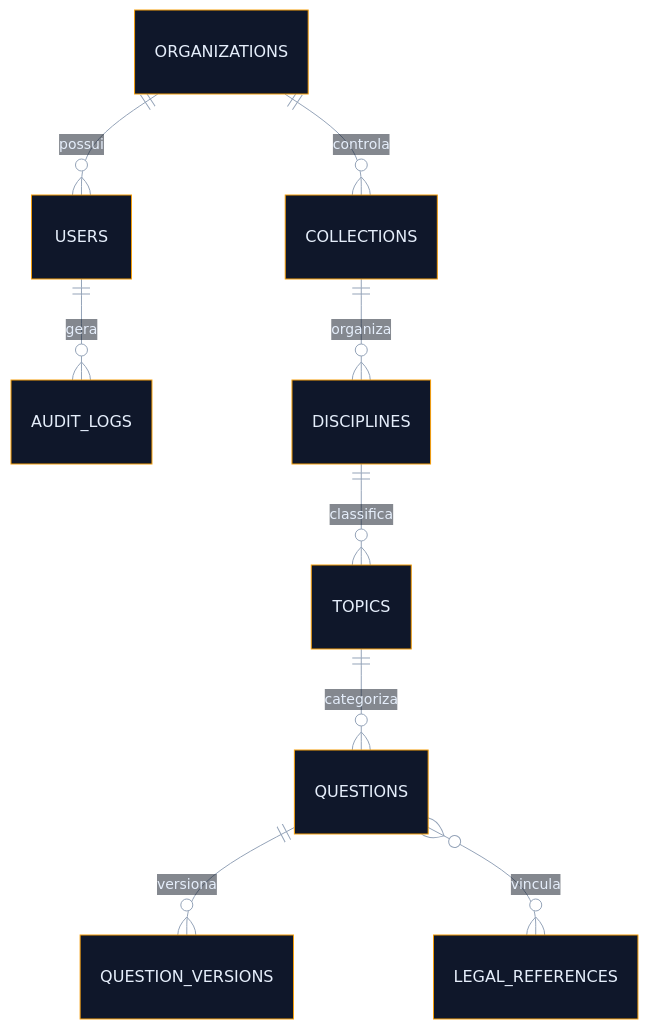
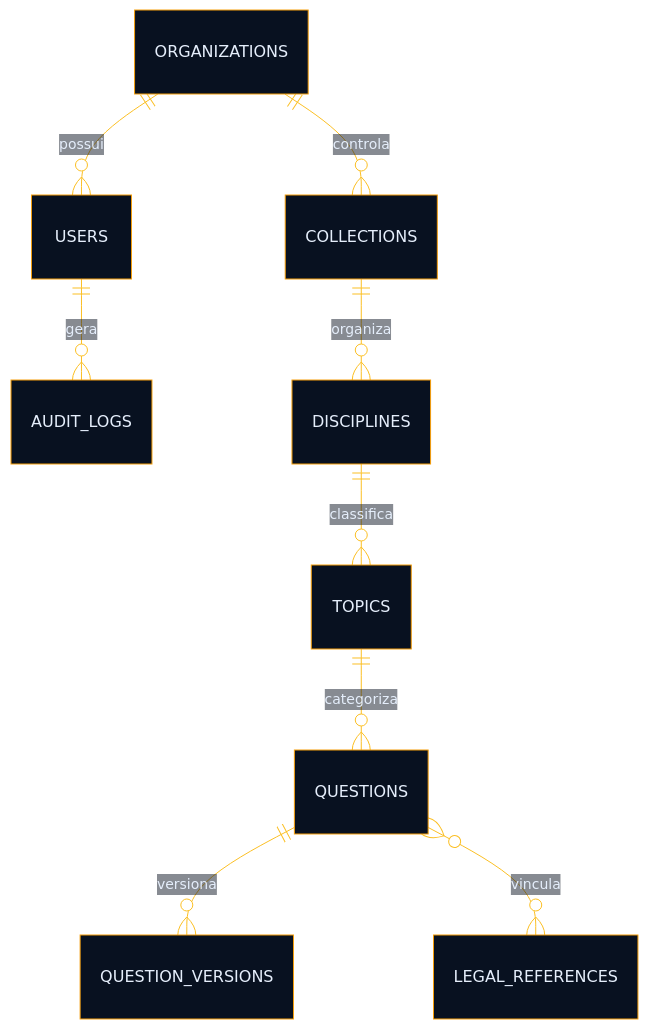
The eighth of 9 diagrams in README.md (matheusdiamantino-betalent/IA), drawn with Mermaid before and after one commit. The commit also changed other lines of this file, not shown here.

````diff
--- a/README.md
+++ b/README.md
@@ -989,25 +1049,23 @@
 ```mermaid
-%%{init: {
-  "theme": "base",
-  "themeVariables": {
-    "background": "#07111d",
-    "primaryColor": "#0f172a",
-    "primaryTextColor": "#e5eefb",
-    "primaryBorderColor": "#f59e0b",
-    "secondaryColor": "#111827",
-    "secondaryTextColor": "#e5eefb",
-    "tertiaryColor": "#0b1220",
-    "tertiaryTextColor": "#e5eefb",
-    "lineColor": "#94a3b8"
-  }
-}}%%
+%%{init: {'theme':'base','themeVariables': {
+  'background':'#020617',
+  'primaryColor':'#081120',
+  'primaryTextColor':'#e5eefb',
+  'primaryBorderColor':'#f59e0b',
+  'lineColor':'#fbbf24',
+  'secondaryColor':'#0b1220',
+  'secondaryTextColor':'#e5eefb',
+  'tertiaryColor':'#111827',
+  'tertiaryTextColor':'#e5eefb',
+  'fontFamily':'Inter, Segoe UI, Arial'
+}}}%%
 erDiagram
     ORGANIZATIONS ||--o{ USERS : "possui"
     USERS ||--o{ AUDIT_LOGS : "gera"
     ORGANIZATIONS ||--o{ COLLECTIONS : "controla"
     COLLECTIONS ||--o{ DISCIPLINES : "organiza"
     DISCIPLINES ||--o{ TOPICS : "classifica"
     TOPICS ||--o{ QUESTIONS : "categoriza"
     QUESTIONS ||--o{ QUESTION_VERSIONS : "versiona"
     QUESTIONS }o--o{ LEGAL_REFERENCES : "vincula"
 ```
````
